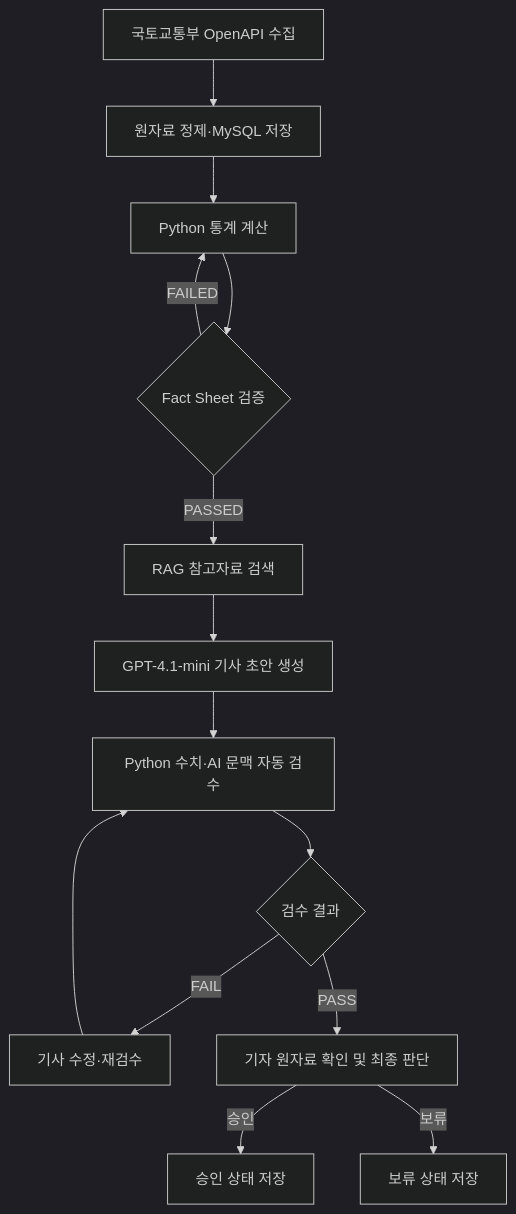
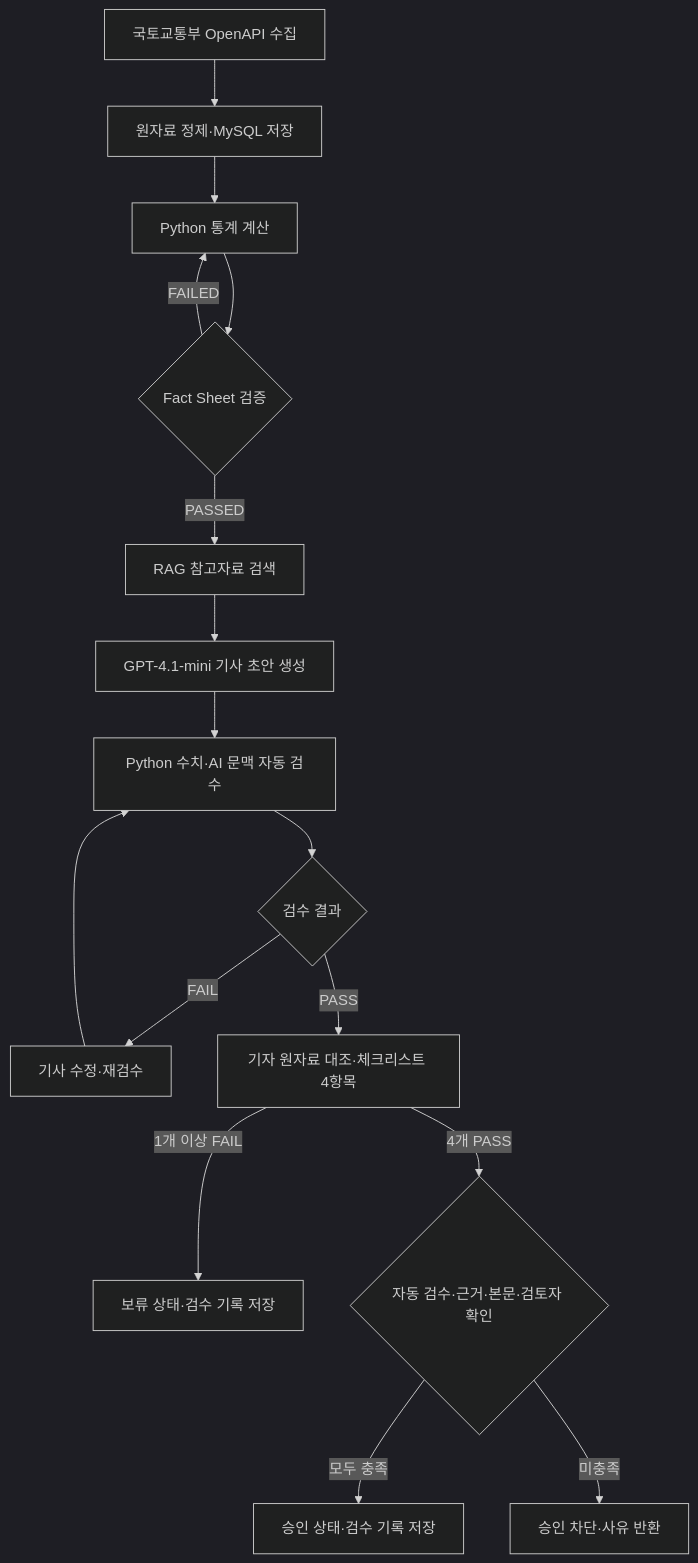
Before and after one commit to csy04x2/rentwatch-news: the first of 2 diagrams in README.md, drawn with Mermaid (dark theme). The commit also changed other lines of this file, not shown here.

````diff
--- a/README.md
+++ b/README.md
@@ -60,29 +60,33 @@
 ```mermaid
 flowchart TD
 
     A[국토교통부 OpenAPI 수집] --> B[원자료 정제·MySQL 저장]
 
     B --> C[Python 통계 계산]
 
     C --> D{Fact Sheet 검증}
 
     D -->|FAILED| C
 
     D -->|PASSED| E[RAG 참고자료 검색]
 
     E --> F[GPT-4.1-mini 기사 초안 생성]
 
     F --> G[Python 수치·AI 문맥 자동 검수]
 
     G --> H{검수 결과}
 
     H -->|FAIL| I[기사 수정·재검수]
 
     I --> G
 
-    H -->|PASS| J[기자 원자료 확인 및 최종 판단]
+    H -->|PASS| J[기자 원자료 대조·체크리스트 4항목]
 
-    J -->|승인| K[승인 상태 저장]
+    J -->|1개 이상 FAIL| L[보류 상태·검수 기록 저장]
 
-    J -->|보류| L[보류 상태 저장]
+    J -->|4개 PASS| M{자동 검수·근거·본문·검토자 확인}
+
+    M -->|모두 충족| K[승인 상태·검수 기록 저장]
+
+    M -->|미충족| N[승인 차단·사유 반환]
 ```
````
